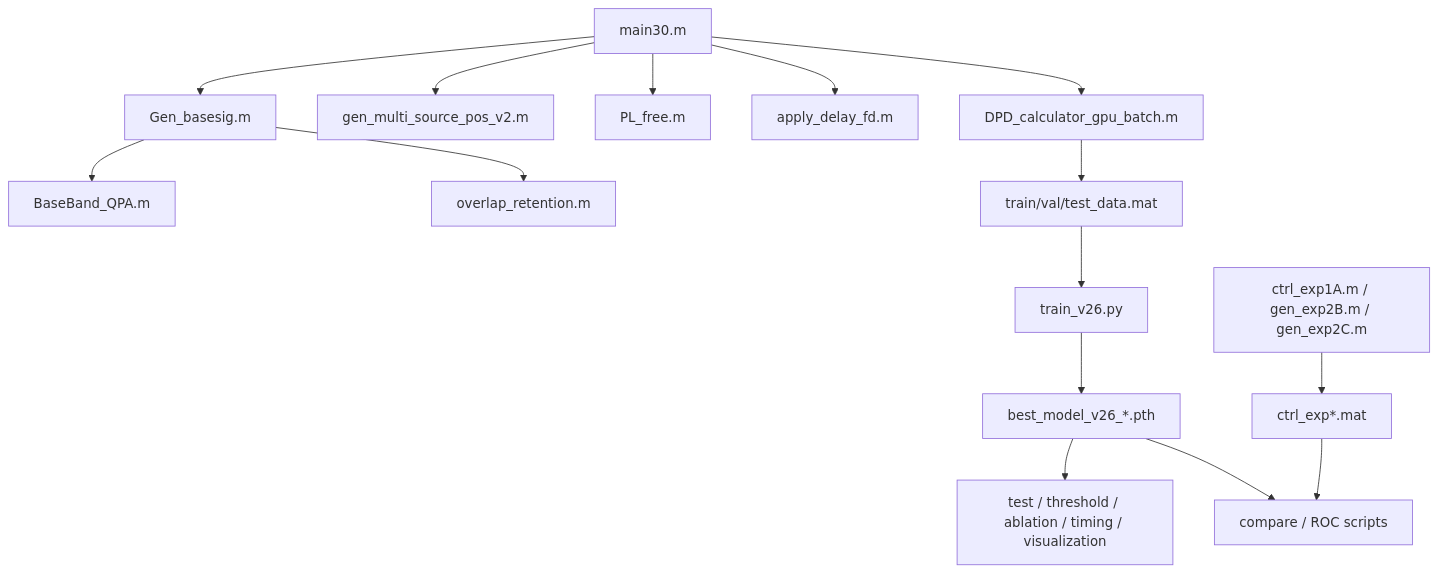
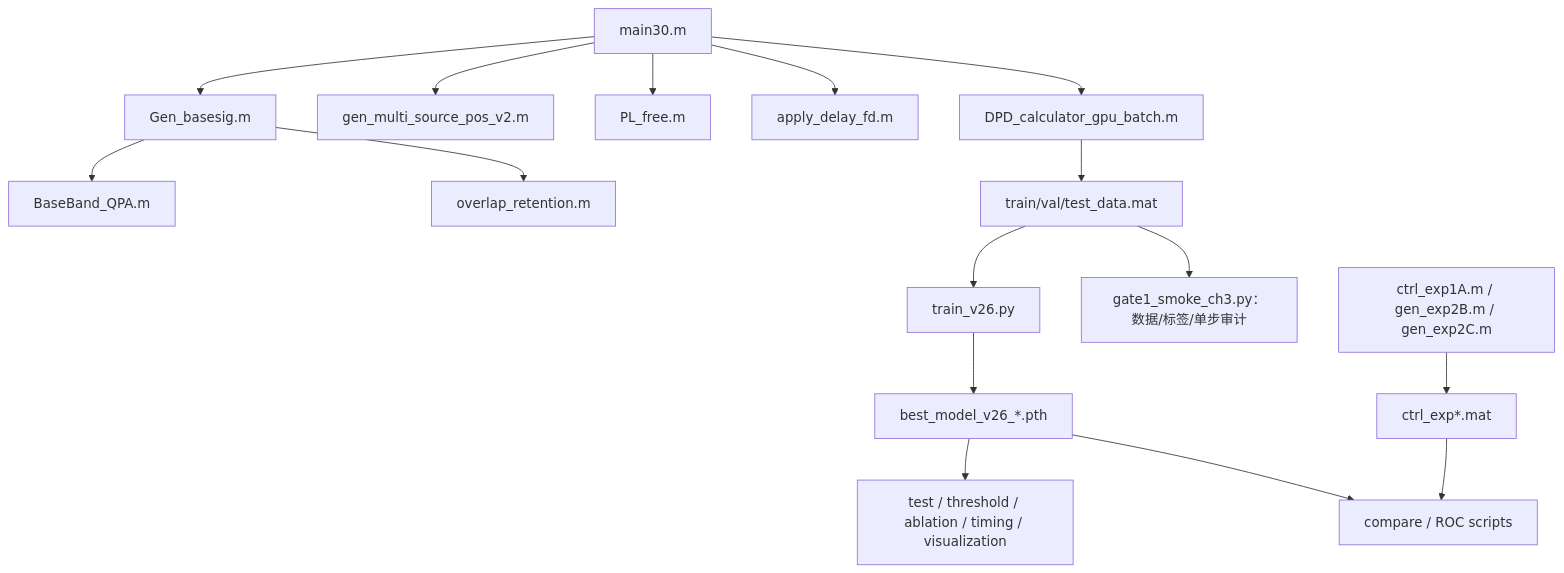
The second of 3 diagrams in 第一阶段_论文与代码接管审查.md (KanoShroud/SourceCount_DPD), drawn with Mermaid before and after one commit. The commit also changed other lines of this file and 7 other files, not shown here.

````diff
--- a/第一阶段_论文与代码接管审查.md
+++ b/第一阶段_论文与代码接管审查.md
@@ -260,17 +265,18 @@
 ```mermaid
 flowchart TD
     A["main30.m"] --> B["Gen_basesig.m"]
     B --> C["BaseBand_QPA.m"]
     B --> D["overlap_retention.m"]
     A --> E["gen_multi_source_pos_v2.m"]
     A --> F["PL_free.m"]
     A --> G["apply_delay_fd.m"]
     A --> H["DPD_calculator_gpu_batch.m"]
     H --> I["train/val/test_data.mat"]
     I --> J["train_v26.py"]
+    I --> P["gate1_smoke_ch3.py：数据/标签/单步审计"]
     J --> K["best_model_v26_*.pth"]
     K --> L["test / threshold / ablation / timing / visualization"]
     M["ctrl_exp1A.m / gen_exp2B.m / gen_exp2C.m"] --> N["ctrl_exp*.mat"]
     N --> O["compare / ROC scripts"]
     K --> O
 ```
````
